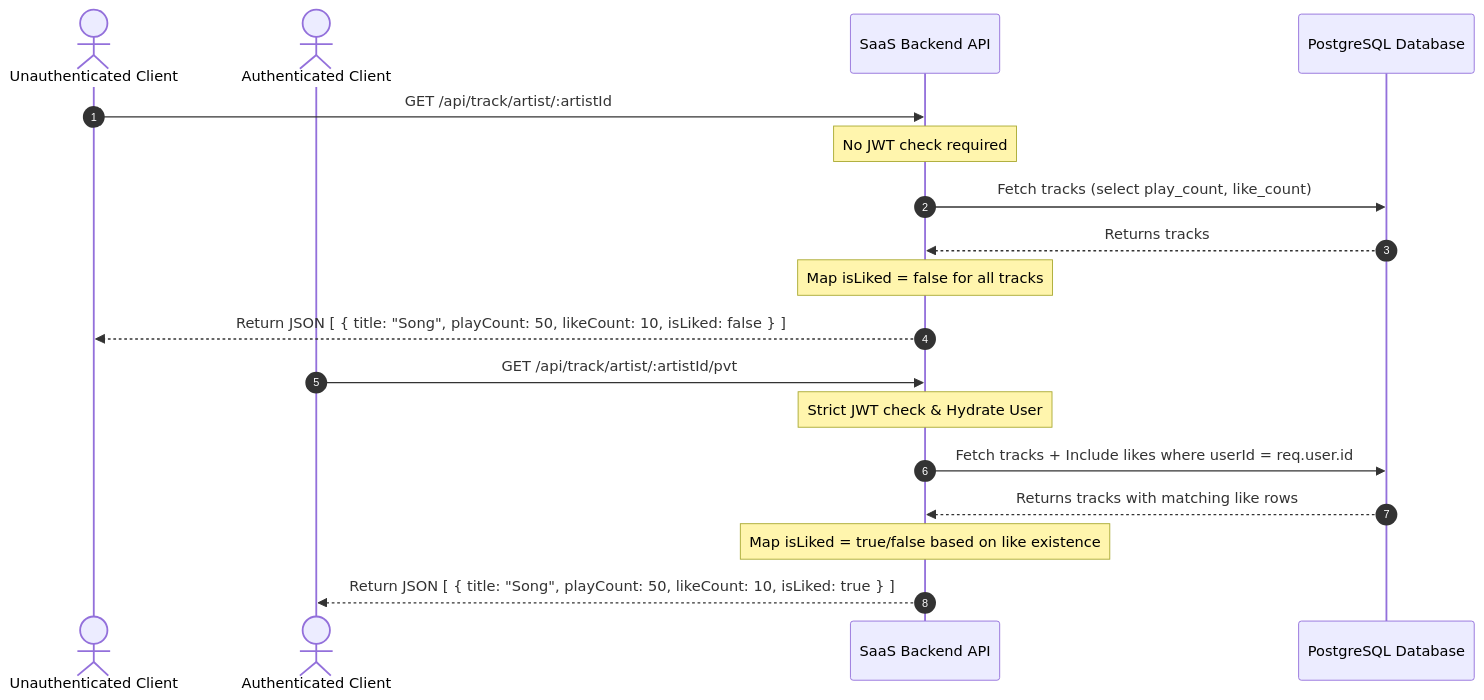
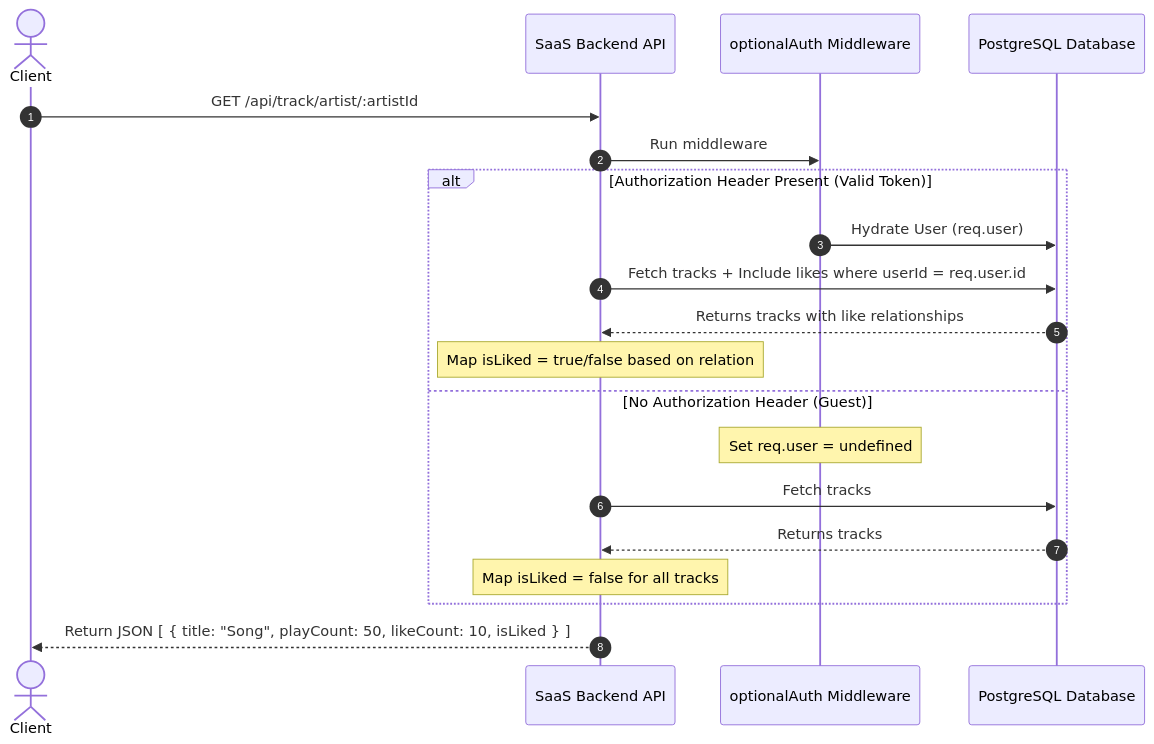
The second of 2 diagrams in docs/modules/track/engagementReadsAndTriggers.md (assignment-sets/audio-saas-backend), drawn with Mermaid before and after one commit. The commit also changed other lines of this file and 1 other file, not shown here.

Commit message:
docs: add documentation index README and updated engagement docs

````diff
--- a/docs/modules/track/engagementReadsAndTriggers.md
+++ b/docs/modules/track/engagementReadsAndTriggers.md
@@ -38,24 +38,23 @@
 ```mermaid
 sequenceDiagram
     autonumber
-    actor Guest as Unauthenticated Client
-    actor Member as Authenticated Client
+    actor Client
     participant API as SaaS Backend API
+    participant MW as optionalAuth Middleware
     participant DB as PostgreSQL Database
 
-    %% Unauthenticated Flow
-    Guest->>API: GET /api/track/artist/:artistId
-    Note over API: No JWT check required
-    API->>DB: Fetch tracks (select play_count, like_count)
-    DB-->>API: Returns tracks
-    Note over API: Map isLiked = false for all tracks
-    API-->>Guest: Return JSON [ { title: "Song", playCount: 50, likeCount: 10, isLiked: false } ]
-
-    %% Authenticated Flow
-    Member->>API: GET /api/track/artist/:artistId/pvt
-    Note over API: Strict JWT check & Hydrate User
-    API->>DB: Fetch tracks + Include likes where userId = req.user.id
-    DB-->>API: Returns tracks with matching like rows
-    Note over API: Map isLiked = true/false based on like existence
-    API-->>Member: Return JSON [ { title: "Song", playCount: 50, likeCount: 10, isLiked: true } ]
+    Client->>API: GET /api/track/artist/:artistId
+    API->>MW: Run middleware
+    alt Authorization Header Present (Valid Token)
+        MW->>DB: Hydrate User (req.user)
+        API->>DB: Fetch tracks + Include likes where userId = req.user.id
+        DB-->>API: Returns tracks with like relationships
+        Note over API: Map isLiked = true/false based on relation
+    else No Authorization Header (Guest)
+        Note over MW: Set req.user = undefined
+        API->>DB: Fetch tracks
+        DB-->>API: Returns tracks
+        Note over API: Map isLiked = false for all tracks
+    end
+    API-->>Client: Return JSON [ { title: "Song", playCount: 50, likeCount: 10, isLiked } ]
 ```
````
